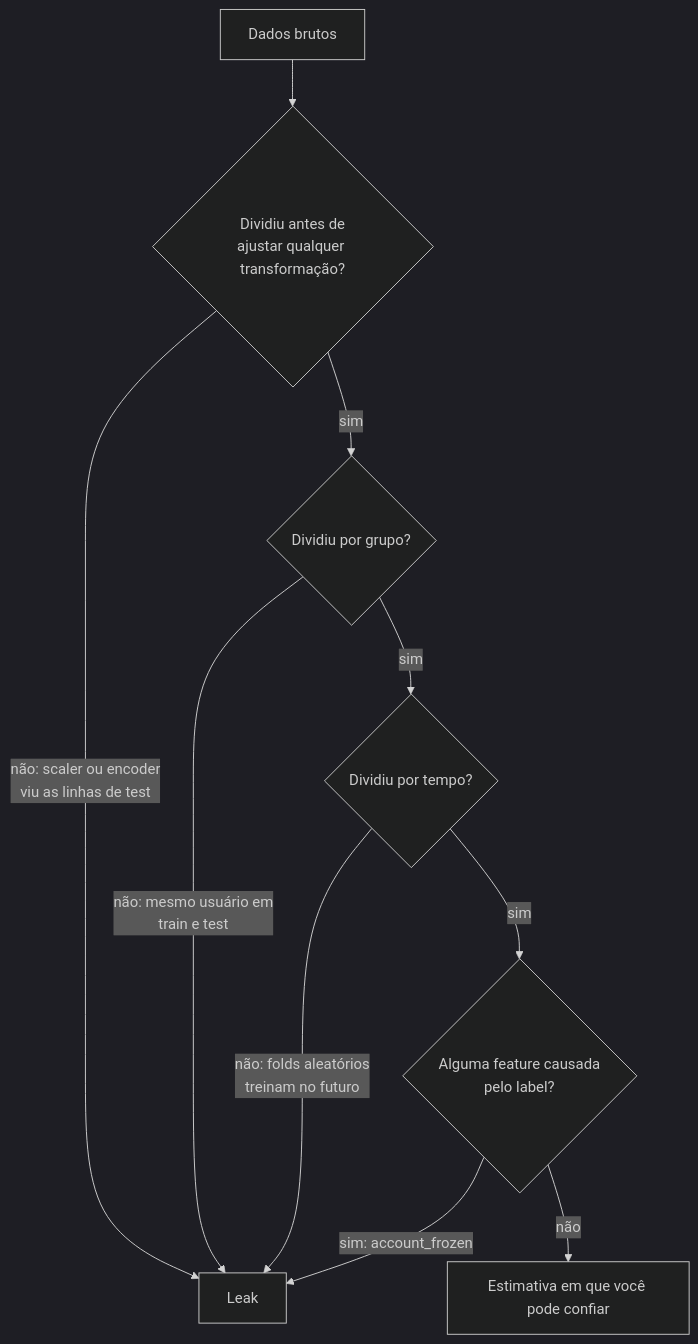
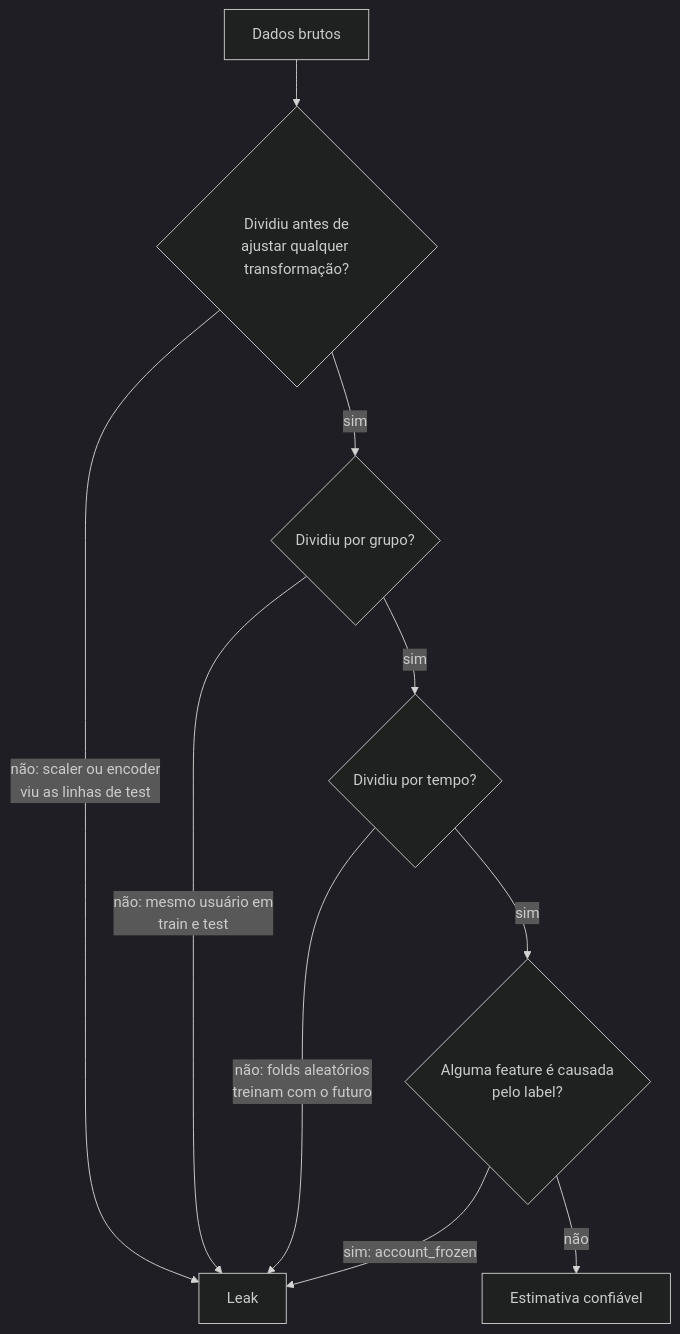
One commit to andrevberaldo/AI-Engineer-Interview-Questions changed the eighth of 27 diagrams in 01-ml-and-dl-foundations/questions.pt-BR.md. Above: the diagram before and after it, drawn with Mermaid (dark theme). The commit also changed other lines of this file, not shown here.

````diff
--- a/01-ml-and-dl-foundations/questions.pt-BR.md
+++ b/01-ml-and-dl-foundations/questions.pt-BR.md
@@ -431,12 +431,12 @@
 ```mermaid
 flowchart TD
     A["Dados brutos"] --> B{"Dividiu antes de<br/>ajustar qualquer transformação?"}
     B -->|"não: scaler ou encoder<br/>viu as linhas de test"| L["Leak"]
     B -->|"sim"| C{"Dividiu por grupo?"}
     C -->|"não: mesmo usuário em<br/>train e test"| L
     C -->|"sim"| D{"Dividiu por tempo?"}
-    D -->|"não: folds aleatórios<br/>treinam no futuro"| L
-    D -->|"sim"| E{"Alguma feature causada<br/>pelo label?"}
+    D -->|"não: folds aleatórios<br/>treinam com o futuro"| L
+    D -->|"sim"| E{"Alguma feature é causada<br/>pelo label?"}
     E -->|"sim: account_frozen"| L
-    E -->|"não"| F["Estimativa em que você pode confiar"]
+    E -->|"não"| F["Estimativa confiável"]
 ```
````
